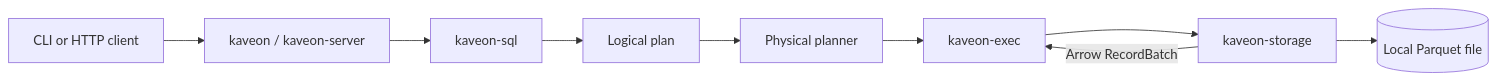
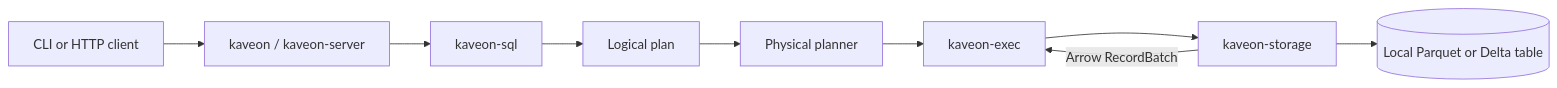
Before and after one commit to PruthviProdduturi/Kaveon: the second of 4 diagrams in ARCHITECTURE.md, drawn with Mermaid. The commit also changed other lines of this file and 21 other files, not shown here.

First line of the commit message:
feat: execute local Delta snapshots

````diff
--- a/ARCHITECTURE.md
+++ b/ARCHITECTURE.md
@@ -56,11 +56,11 @@
 ```mermaid
 flowchart LR
     Client[CLI or HTTP client] --> Entry[kaveon / kaveon-server]
     Entry --> Parser[kaveon-sql]
     Parser --> Plan[Logical plan]
     Plan --> Physical[Physical planner]
     Physical --> Ops[kaveon-exec]
     Ops --> Reader[kaveon-storage]
-    Reader --> Local[(Local Parquet file)]
+    Reader --> Local[(Local Parquet or Delta table)]
     Reader -->|Arrow RecordBatch| Ops
 ```
````
